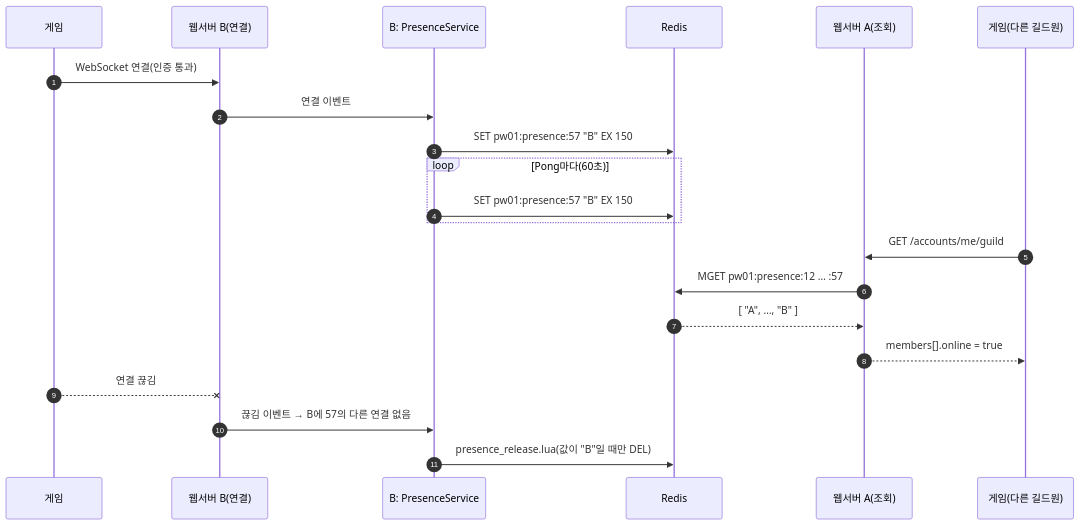
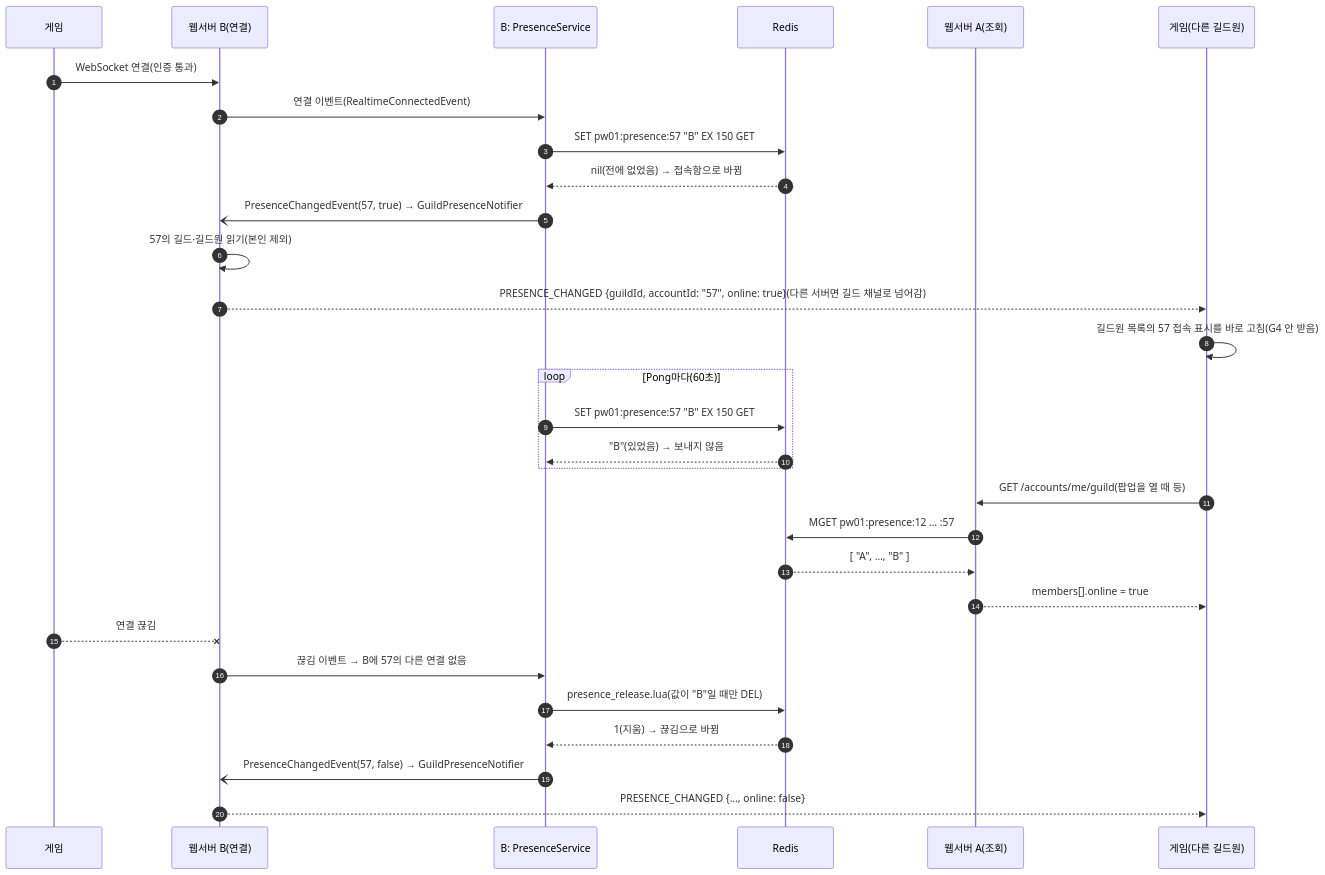
One commit to NBCGameServerCamp09Team01/PW01 changed the eighth of 8 diagrams in docs/flows/guild.md. Above: the diagram before and after it, drawn with Mermaid. The commit also changed other lines of this file and 6 other files, not shown here.

````diff
--- a/docs/flows/guild.md
+++ b/docs/flows/guild.md
@@ -206,24 +211,33 @@
 ```mermaid
 sequenceDiagram
   autonumber
   participant G as 게임
   participant B as 웹서버 B(연결)
   participant P as B: PresenceService
   participant R as Redis
   participant A as 웹서버 A(조회)
   participant GO as 게임(다른 길드원)
 
   G->>B: WebSocket 연결(인증 통과)
-  B->>P: 연결 이벤트
-  P->>R: SET pw01:presence:57 "B" EX 150
+  B->>P: 연결 이벤트(RealtimeConnectedEvent)
+  P->>R: SET pw01:presence:57 "B" EX 150 GET
+  R-->>P: nil(전에 없었음) → 접속함으로 바뀜
+  P-)B: PresenceChangedEvent(57, true) → GuildPresenceNotifier
+  B->>B: 57의 길드·길드원 읽기(본인 제외)
+  B-->>GO: PRESENCE_CHANGED {guildId, accountId: "57", online: true}(다른 서버면 길드 채널로 넘어감)
+  GO->>GO: 길드원 목록의 57 접속 표시를 바로 고침(G4 안 받음)
   loop Pong마다(60초)
-    P->>R: SET pw01:presence:57 "B" EX 150
+    P->>R: SET pw01:presence:57 "B" EX 150 GET
+    R-->>P: "B"(있었음) → 보내지 않음
   end
-  GO->>A: GET /accounts/me/guild
+  GO->>A: GET /accounts/me/guild(팝업을 열 때 등)
   A->>R: MGET pw01:presence:12 … :57
   R-->>A: [ "A", …, "B" ]
   A-->>GO: members[].online = true
   G--xB: 연결 끊김
   B->>P: 끊김 이벤트 → B에 57의 다른 연결 없음
   P->>R: presence_release.lua(값이 "B"일 때만 DEL)
+  R-->>P: 1(지움) → 끊김으로 바뀜
+  P-)B: PresenceChangedEvent(57, false) → GuildPresenceNotifier
+  B-->>GO: PRESENCE_CHANGED {…, online: false}
 ```
````
